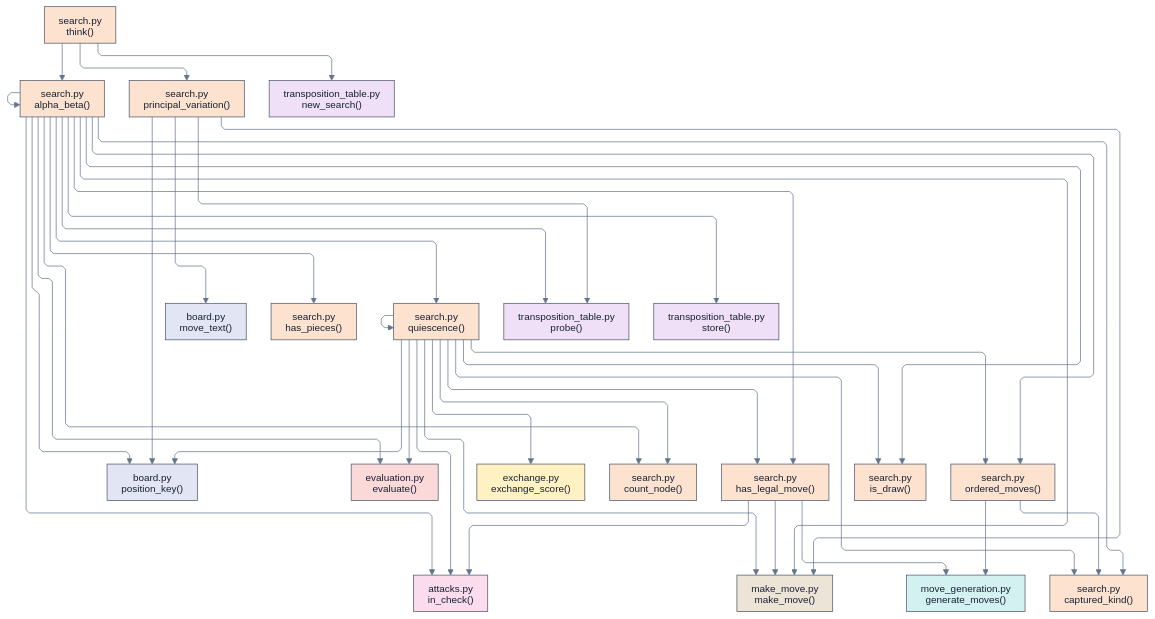
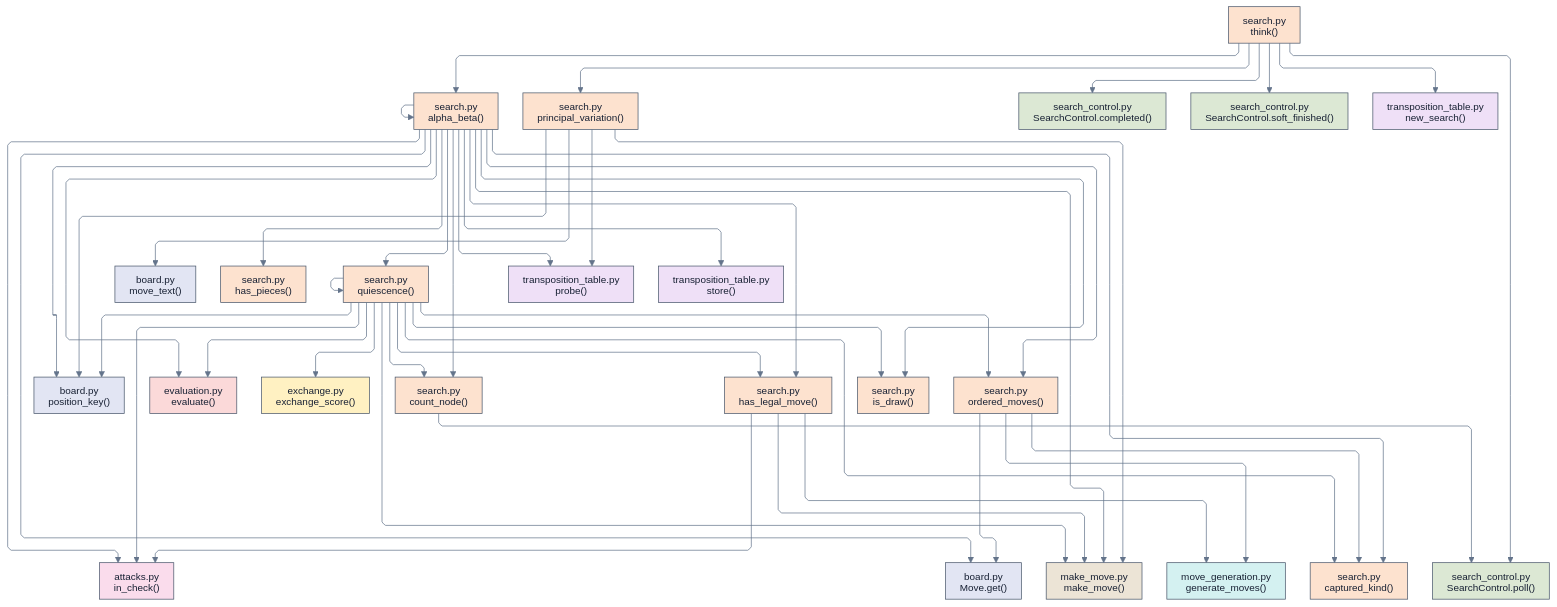
The diagram in docs/engines/Remus5/mermaid/search.mmd (dbiersach/remus), drawn with Mermaid before and after one commit. The commit also changed 126 other files, not shown here.

```diff
--- a/docs/engines/Remus5/mermaid/search.mmd
+++ b/docs/engines/Remus5/mermaid/search.mmd
@@ -1,87 +1,98 @@
 ---
 config:
   layout: elk
   theme: base
   htmlLabels: false
   themeVariables:
     fontFamily: Arial
     fontSize: 14px
     lineColor: "#64748b"
     primaryTextColor: "#172033"
   flowchart:
     htmlLabels: false
     curve: linear
     wrappingWidth: 320
     nodeSpacing: 24
     rankSpacing: 45
     padding: 10
 ---
 flowchart TB
     n0["attacks.py<br/>in_check()"]:::m8
-    n1["board.py<br/>move_text()"]:::m9
-    n2["board.py<br/>position_key()"]:::m9
-    n3["evaluation.py<br/>evaluate()"]:::m5
-    n4["exchange.py<br/>exchange_score()"]:::m4
-    n5["make_move.py<br/>make_move()"]:::m7
-    n6["move_generation.py<br/>generate_moves()"]:::m6
-    n7["search.py<br/>alpha_beta()"]:::m1
-    n8["search.py<br/>captured_kind()"]:::m1
-    n9["search.py<br/>count_node()"]:::m1
-    n10["search.py<br/>has_legal_move()"]:::m1
-    n11["search.py<br/>has_pieces()"]:::m1
-    n12["search.py<br/>is_draw()"]:::m1
-    n13["search.py<br/>ordered_moves()"]:::m1
-    n14["search.py<br/>principal_variation()"]:::m1
-    n15["search.py<br/>quiescence()"]:::m1
-    n16["search.py<br/>think()"]:::m1
-    n17["transposition_table.py<br/>new_search()"]:::m3
-    n18["transposition_table.py<br/>probe()"]:::m3
-    n19["transposition_table.py<br/>store()"]:::m3
-    n7 --> n0
-    n7 --> n2
-    n7 --> n3
-    n7 --> n5
-    n7 --> n8
-    n7 --> n9
-    n7 --> n10
-    n7 --> n11
-    n7 --> n12
-    n7 --> n13
-    n7 --> n15
-    n7 --> n18
-    n7 --> n19
-    n10 --> n0
-    n10 --> n5
-    n10 --> n6
-    n13 --> n6
-    n13 --> n8
+    n1["board.py<br/>Move.get()"]:::m9
+    n2["board.py<br/>move_text()"]:::m9
+    n3["board.py<br/>position_key()"]:::m9
+    n4["evaluation.py<br/>evaluate()"]:::m5
+    n5["exchange.py<br/>exchange_score()"]:::m4
+    n6["make_move.py<br/>make_move()"]:::m7
+    n7["move_generation.py<br/>generate_moves()"]:::m6
+    n8["search.py<br/>alpha_beta()"]:::m1
+    n9["search.py<br/>captured_kind()"]:::m1
+    n10["search.py<br/>count_node()"]:::m1
+    n11["search.py<br/>has_legal_move()"]:::m1
+    n12["search.py<br/>has_pieces()"]:::m1
+    n13["search.py<br/>is_draw()"]:::m1
+    n14["search.py<br/>ordered_moves()"]:::m1
+    n15["search.py<br/>principal_variation()"]:::m1
+    n16["search.py<br/>quiescence()"]:::m1
+    n17["search.py<br/>think()"]:::m1
+    n18["search_control.py<br/>SearchControl.completed()"]:::m11
+    n19["search_control.py<br/>SearchControl.poll()"]:::m11
+    n20["search_control.py<br/>SearchControl.soft_finished()"]:::m11
+    n21["transposition_table.py<br/>new_search()"]:::m3
+    n22["transposition_table.py<br/>probe()"]:::m3
+    n23["transposition_table.py<br/>store()"]:::m3
+    n8 --> n0
+    n8 --> n1
+    n8 --> n3
+    n8 --> n4
+    n8 --> n6
+    n8 --> n9
+    n8 --> n10
+    n8 --> n11
+    n8 --> n12
+    n8 --> n13
+    n8 --> n14
+    n8 --> n16
+    n8 --> n22
+    n8 --> n23
+    n10 --> n19
+    n11 --> n0
+    n11 --> n6
+    n11 --> n7
     n14 --> n1
-    n14 --> n2
-    n14 --> n5
-    n14 --> n18
-    n15 --> n0
+    n14 --> n7
+    n14 --> n9
     n15 --> n2
     n15 --> n3
-    n15 --> n4
-    n15 --> n5
-    n15 --> n8
-    n15 --> n9
-    n15 --> n10
-    n15 --> n12
-    n15 --> n13
-    n16 --> n7
+    n15 --> n6
+    n15 --> n22
+    n16 --> n0
+    n16 --> n3
+    n16 --> n4
+    n16 --> n5
+    n16 --> n6
+    n16 --> n9
+    n16 --> n10
+    n16 --> n11
+    n16 --> n13
     n16 --> n14
-    n16 --> n17
-    n7 --> n7
-    n15 --> n15
+    n17 --> n8
+    n17 --> n15
+    n17 --> n18
+    n17 --> n19
+    n17 --> n20
+    n17 --> n21
+    n8 --> n8
+    n16 --> n16
     classDef m0 fill:#dbe8fb,stroke:#475569,stroke-width:1px,color:#172033;
     classDef m1 fill:#fde2cf,stroke:#475569,stroke-width:1px,color:#172033;
     classDef m2 fill:#e3f4d7,stroke:#475569,stroke-width:1px,color:#172033;
     classDef m3 fill:#efe0f7,stroke:#475569,stroke-width:1px,color:#172033;
     classDef m4 fill:#fff1c2,stroke:#475569,stroke-width:1px,color:#172033;
     classDef m5 fill:#fbd9d9,stroke:#475569,stroke-width:1px,color:#172033;
     classDef m6 fill:#d4f1f1,stroke:#475569,stroke-width:1px,color:#172033;
     classDef m7 fill:#ece4d6,stroke:#475569,stroke-width:1px,color:#172033;
     classDef m8 fill:#fadcec,stroke:#475569,stroke-width:1px,color:#172033;
     classDef m9 fill:#e2e5f3,stroke:#475569,stroke-width:1px,color:#172033;
     classDef m10 fill:#cdeedc,stroke:#475569,stroke-width:1px,color:#172033;
+    classDef m11 fill:#dce8d4,stroke:#475569,stroke-width:1px,color:#172033;
```
